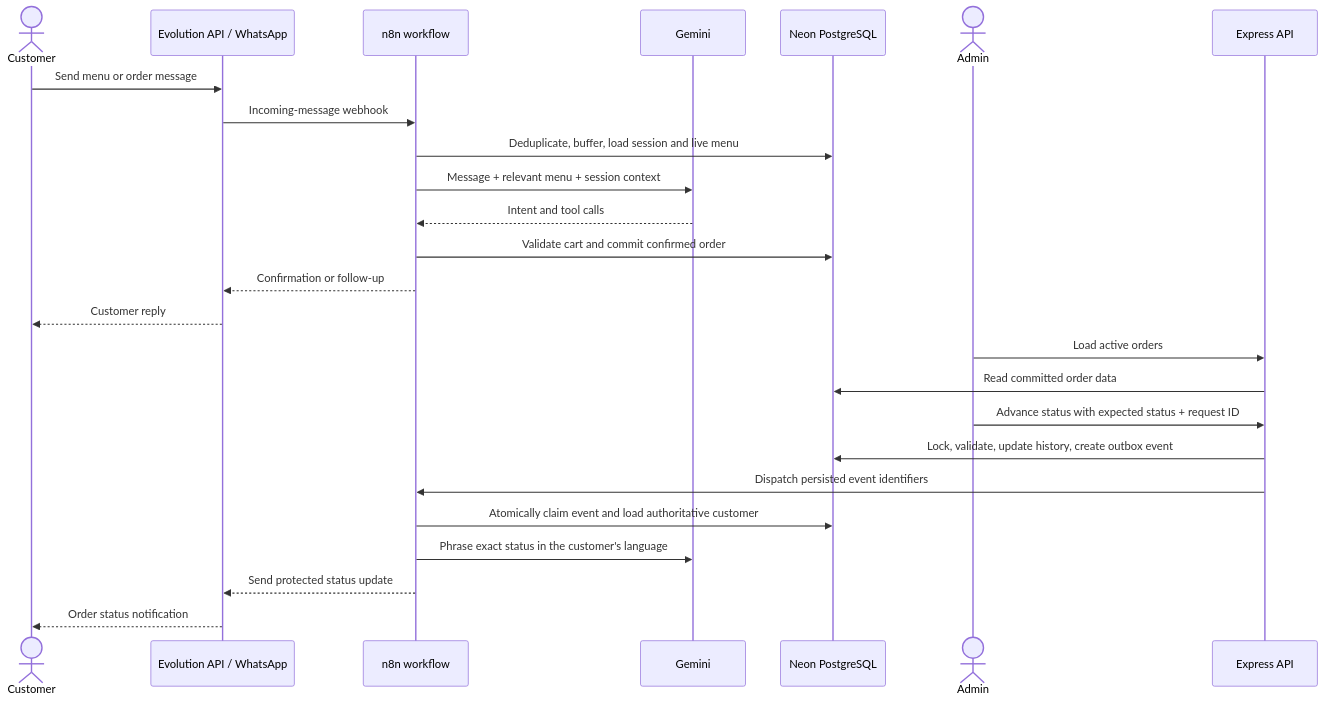
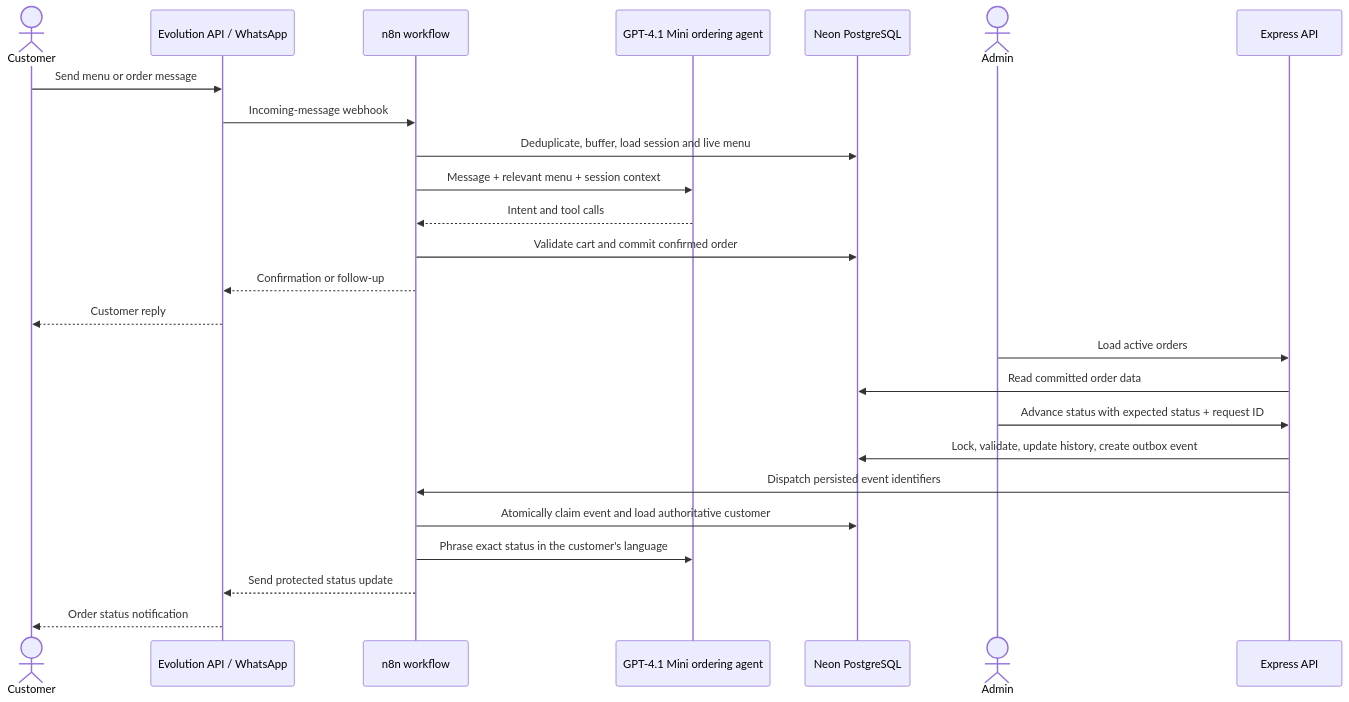
One commit to muhammad-abbas-10/Pizza-Whatsapp-AI-Bot changed the second of 3 diagrams in README.md. Above: the diagram before and after it, drawn with Mermaid. The commit also changed other lines of this file and 23 other files, not shown here.

````diff
--- a/README.md
+++ b/README.md
@@ -128,29 +130,29 @@
 ```mermaid
 sequenceDiagram
     actor Customer
     participant WA as Evolution API / WhatsApp
     participant Flow as n8n workflow
-    participant AI as Gemini
+    participant AI as GPT-4.1 Mini ordering agent
     participant DB as Neon PostgreSQL
     actor Admin
     participant API as Express API
 
     Customer->>WA: Send menu or order message
     WA->>Flow: Incoming-message webhook
     Flow->>DB: Deduplicate, buffer, load session and live menu
     Flow->>AI: Message + relevant menu + session context
     AI-->>Flow: Intent and tool calls
     Flow->>DB: Validate cart and commit confirmed order
     Flow-->>WA: Confirmation or follow-up
     WA-->>Customer: Customer reply
 
     Admin->>API: Load active orders
     API->>DB: Read committed order data
     Admin->>API: Advance status with expected status + request ID
     API->>DB: Lock, validate, update history, create outbox event
     API->>Flow: Dispatch persisted event identifiers
     Flow->>DB: Atomically claim event and load authoritative customer
     Flow->>AI: Phrase exact status in the customer's language
     Flow-->>WA: Send protected status update
     WA-->>Customer: Order status notification
 ```
````
